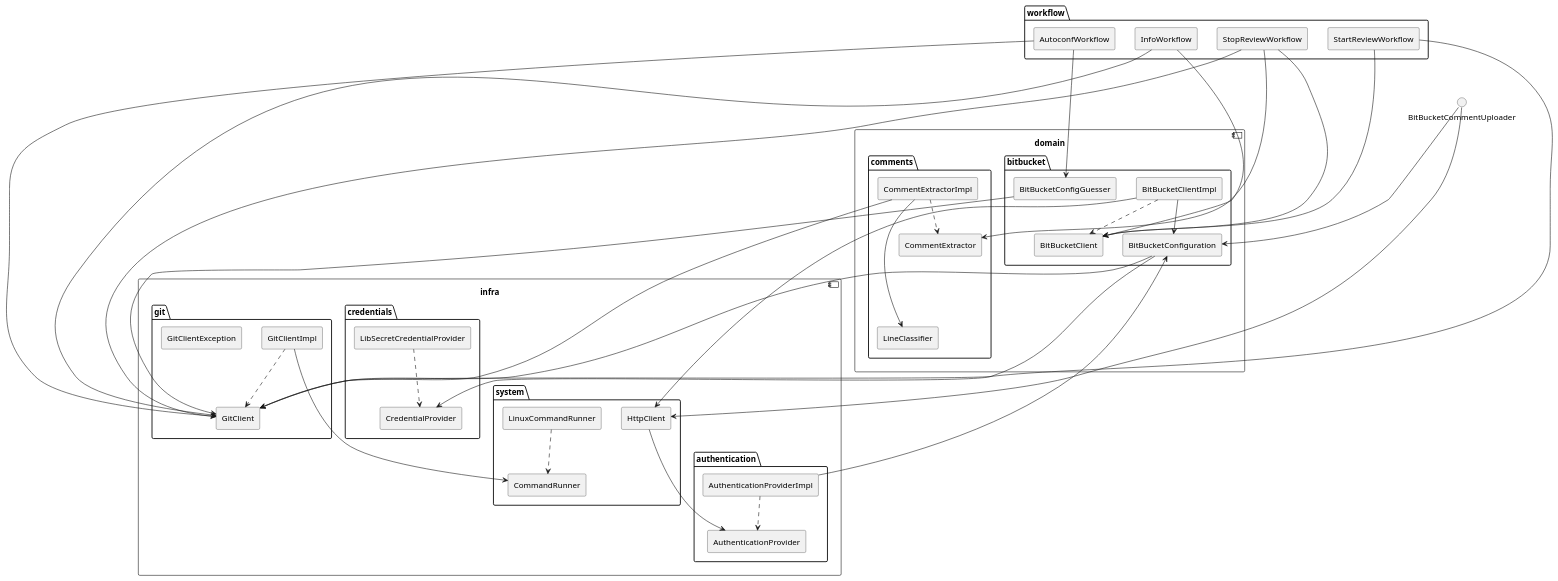
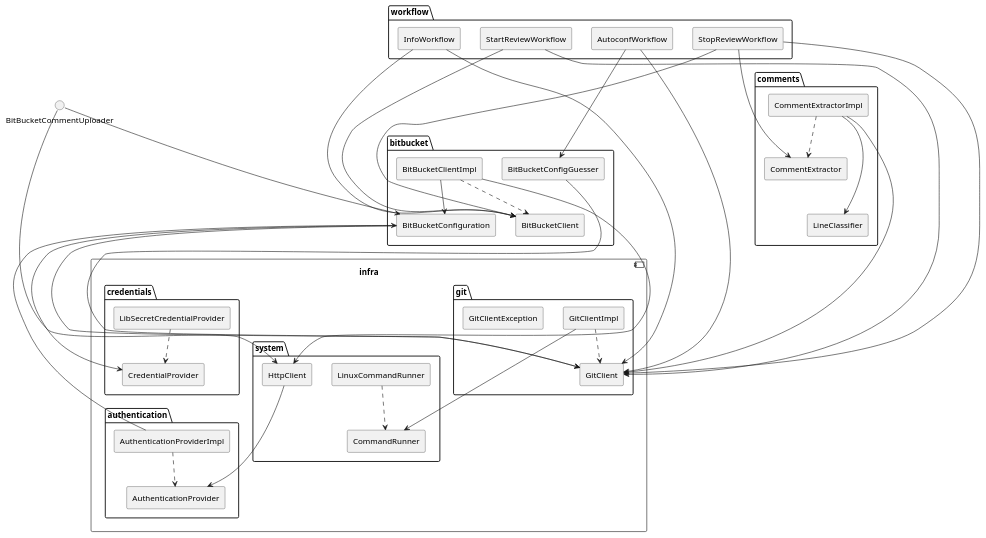
The diagram in doc/DI.puml (TNG/mustard-cli), drawn with PlantUML before and after one commit. The commit also changed 6 other files, not shown here.

```diff
--- a/doc/DI.puml
+++ b/doc/DI.puml
@@ -1,70 +1,68 @@
 @startuml
 package workflow {
 rectangle InfoWorkflow
 rectangle AutoconfWorkflow
 rectangle StopReviewWorkflow
 rectangle StartReviewWorkflow
 }
-component domain {
 package comments {
 rectangle CommentExtractor
 rectangle CommentExtractorImpl
 rectangle LineClassifier
 }
 
 package bitbucket {
 rectangle BitBucketConfigGuesser
 rectangle BitBucketConfiguration
 rectangle BitBucketClient
 rectangle BitBucketClientImpl
-}
 }
 component infra{
 package git{
 rectangle GitClient
 rectangle GitClientImpl
 rectangle GitClientException
 }
 package system {
 rectangle CommandRunner
 rectangle HttpClient
 rectangle LinuxCommandRunner
 }
 package authentication{
 rectangle AuthenticationProviderImpl
 rectangle AuthenticationProvider
 }
 package credentials{
  rectangle LibSecretCredentialProvider
  rectangle CredentialProvider
 }
 }
 
 AuthenticationProviderImpl --> BitBucketConfiguration
 BitBucketClientImpl --> BitBucketConfiguration
 BitBucketClientImpl ---> HttpClient
 BitBucketCommentUploader ---> BitBucketConfiguration
 BitBucketCommentUploader ---> HttpClient
 BitBucketConfigGuesser ---> GitClient
 BitBucketConfiguration ---> CredentialProvider
 BitBucketConfiguration ---> GitClient
 CommentExtractorImpl ---> GitClient
 CommentExtractorImpl ---> LineClassifier
 GitClientImpl ---> CommandRunner
 HttpClient ---> AuthenticationProvider
 AutoconfWorkflow ---> BitBucketConfigGuesser
 AutoconfWorkflow ---> GitClient
 InfoWorkflow ---> BitBucketClient
 InfoWorkflow ---> GitClient
 StartReviewWorkflow ---> BitBucketClient
 StartReviewWorkflow ---> GitClient
 StopReviewWorkflow ---> BitBucketClient
 StopReviewWorkflow ---> CommentExtractor
 StopReviewWorkflow ---> GitClient
 LinuxCommandRunner ..>  CommandRunner
 AuthenticationProviderImpl ..>  AuthenticationProvider
 LibSecretCredentialProvider ..>  CredentialProvider
 GitClientImpl ..>  GitClient
 CommentExtractorImpl ..>  CommentExtractor
 BitBucketClientImpl ..>  BitBucketClient
 @enduml
```
